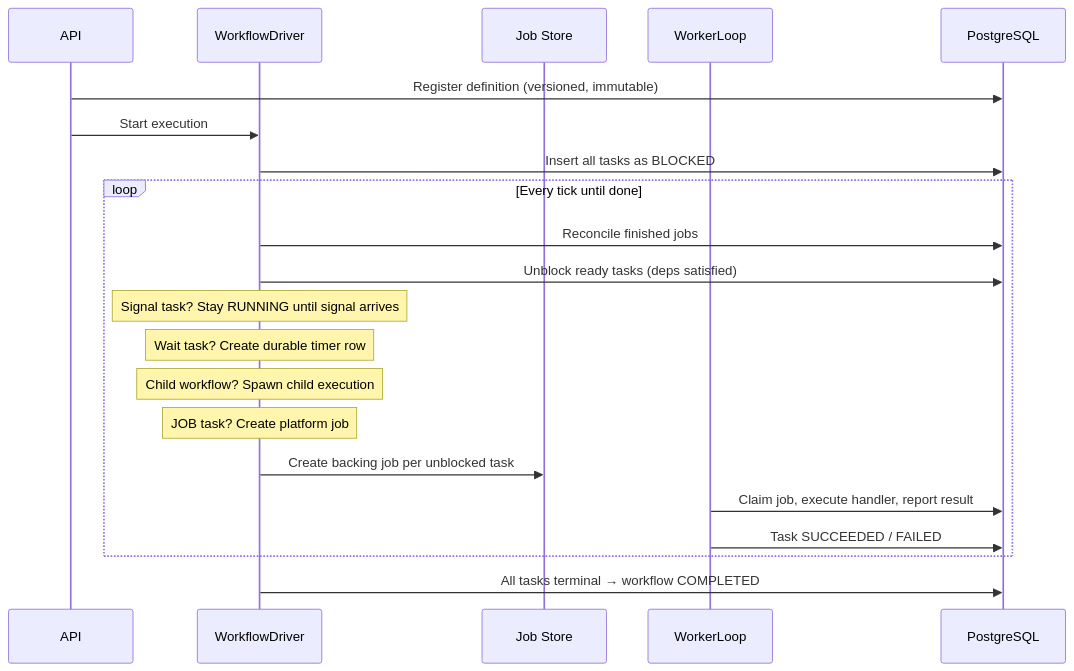
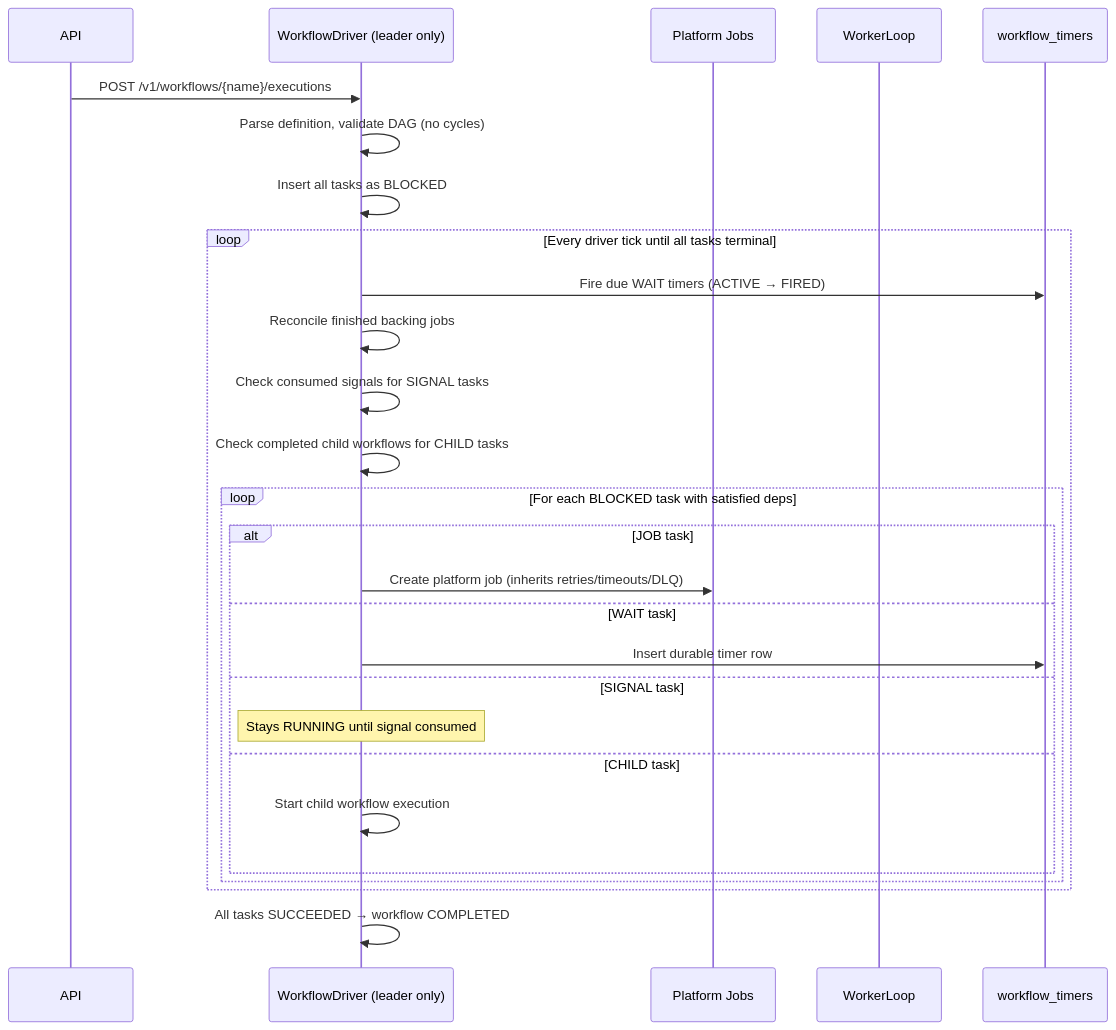
Before and after one commit to MaNiSh-9211/Schedula: the sixth of 11 diagrams in docs/ARCHITECTURE.md, drawn with Mermaid. The commit also changed other lines of this file, not shown here.

Commit message:
architecture docs: 12 accurate mermaid diagrams verified against source code, added worker lifecycle, health scoring gate, signal/child workflow, retry oracle learning loop, circuit breaker state machine, cascade firewall flow

````diff
--- a/docs/ARCHITECTURE.md
+++ b/docs/ARCHITECTURE.md
@@ -136,28 +198,33 @@
 ```mermaid
 sequenceDiagram
     participant API
-    participant Driver as WorkflowDriver
-    participant Jobs as Job Store
+    participant Driver as WorkflowDriver (leader only)
+    participant Jobs as Platform Jobs
     participant Worker as WorkerLoop
-    participant DB as PostgreSQL
+    participant Timer as workflow_timers
 
-    API->>DB: Register definition (versioned, immutable)
-    API->>Driver: Start execution
-    Driver->>DB: Insert all tasks as BLOCKED
+    API->>Driver: POST /v1/workflows/{name}/executions
+    Driver->>Driver: Parse definition, validate DAG (no cycles)
+    Driver->>Driver: Insert all tasks as BLOCKED
 
-    loop Every tick until done
-        Driver->>DB: Reconcile finished jobs
-        Driver->>DB: Unblock ready tasks (deps satisfied)
+    loop Every driver tick until all tasks terminal
+        Driver->>Timer: Fire due WAIT timers (ACTIVE → FIRED)
+        Driver->>Driver: Reconcile finished backing jobs
+        Driver->>Driver: Check consumed signals for SIGNAL tasks
+        Driver->>Driver: Check completed child workflows for CHILD tasks
 
-        Note over Driver: Signal task? Stay RUNNING until signal arrives
-        Note over Driver: Wait task? Create durable timer row
-        Note over Driver: Child workflow? Spawn child execution
-        Note over Driver: JOB task? Create platform job
-
-        Driver->>Jobs: Create backing job per unblocked task
-        Worker->>DB: Claim job, execute handler, report result
-        Worker->>DB: Task SUCCEEDED / FAILED
+        loop For each BLOCKED task with satisfied deps
+            alt JOB task
+                Driver->>Jobs: Create platform job (inherits retries/timeouts/DLQ)
+            else WAIT task
+                Driver->>Timer: Insert durable timer row
+            else SIGNAL task
+                Note over Driver: Stays RUNNING until signal consumed
+            else CHILD task
+                Driver->>Driver: Start child workflow execution
+            end
+        end
     end
 
-    Driver->>DB: All tasks terminal → workflow COMPLETED
+    Driver->>Driver: All tasks SUCCEEDED → workflow COMPLETED
 ```
````
